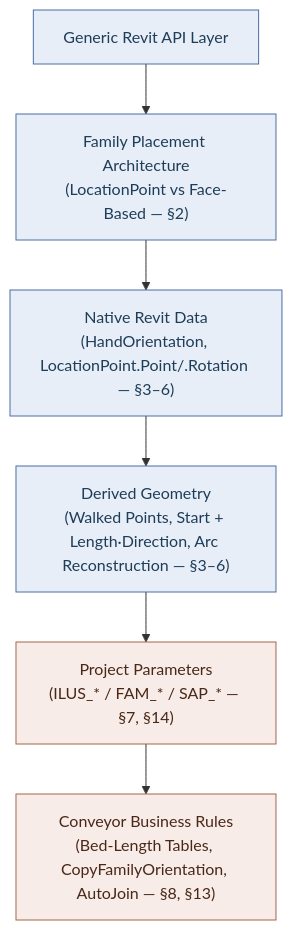
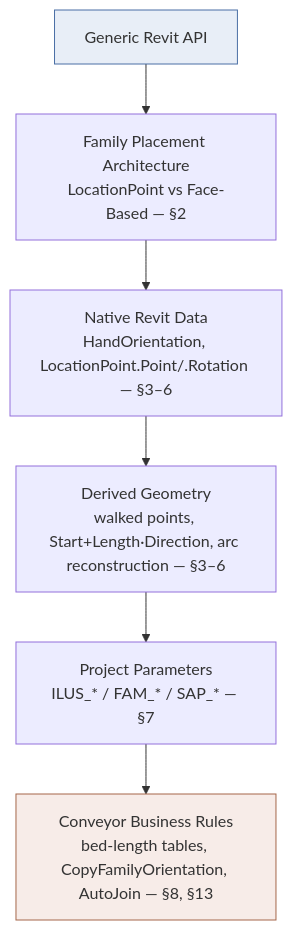
The first of 24 diagrams in RevitApiSamples/Samples/TransformModule/ProjectCases/Conveyor/ConveyorFamilyGeometry.md (Mustafa-TOMMY/CommandSamplesRevitApiVer2025), drawn with Mermaid before and after one commit. The commit also changed other lines of this file, not shown here.

Commit message:
docs(transform): enhance ConveyorFamilyGeometry.md with full diagrams while preserving 100% original text

````diff
--- a/RevitApiSamples/Samples/TransformModule/ProjectCases/Conveyor/ConveyorFamilyGeometry.md
+++ b/RevitApiSamples/Samples/TransformModule/ProjectCases/Conveyor/ConveyorFamilyGeometry.md
@@ -16,13 +16,11 @@
 ```mermaid
 flowchart TD
-    A["Generic Revit API Layer"] --> B["Family Placement Architecture<br/>(LocationPoint vs Face-Based — §2)"]
-    B --> C["Native Revit Data<br/>(HandOrientation, LocationPoint.Point/.Rotation — §3–6)"]
-    C --> D["Derived Geometry<br/>(Walked Points, Start + Length·Direction, Arc Reconstruction — §3–6)"]
-    D --> E["Project Parameters<br/>(ILUS_* / FAM_* / SAP_* — §7, §14)"]
-    E --> F["Conveyor Business Rules<br/>(Bed-Length Tables, CopyFamilyOrientation, AutoJoin — §8, §13)"]
+    A["Generic Revit API"] --> B["Family Placement Architecture<br/>LocationPoint vs Face-Based — §2"]
+    B --> C["Native Revit Data<br/>HandOrientation, LocationPoint.Point/.Rotation — §3–6"]
+    C --> D["Derived Geometry<br/>walked points, Start+Length·Direction, arc reconstruction — §3–6"]
+    D --> E["Project Parameters<br/>ILUS_* / FAM_* / SAP_* — §7"]
+    E --> F["Conveyor Business Rules<br/>bed-length tables, CopyFamilyOrientation, AutoJoin — §8, §13"]
 
-    classDef generic fill:#e8eef7,stroke:#4a6fa5,color:#1e3d59;
-    classDef project fill:#f7ece8,stroke:#a5674a,color:#4a2818;
-    class A,B,C,D generic
-    class E,F project
+    style A fill:#e8eef7,stroke:#4a6fa5
+    style F fill:#f7ece8,stroke:#a5674a
 ```
````
